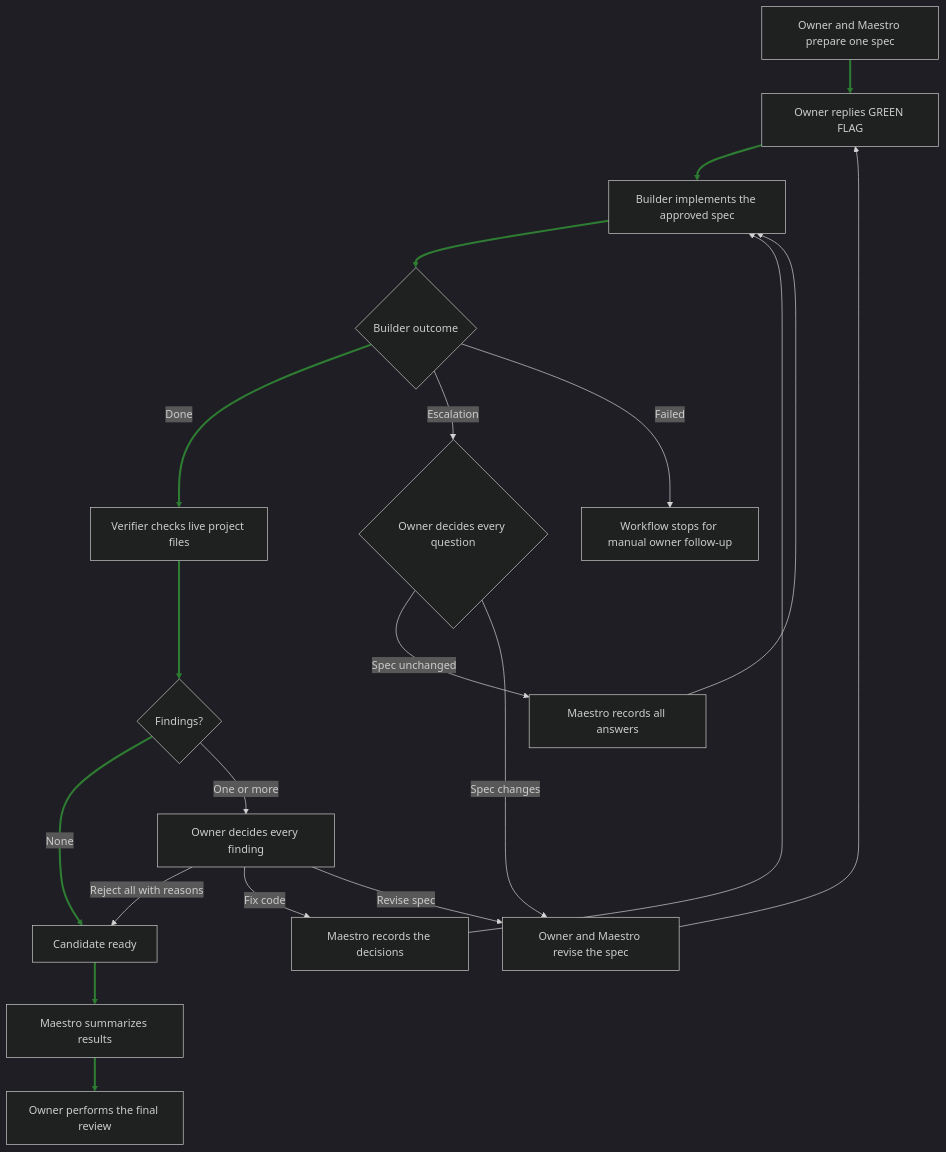
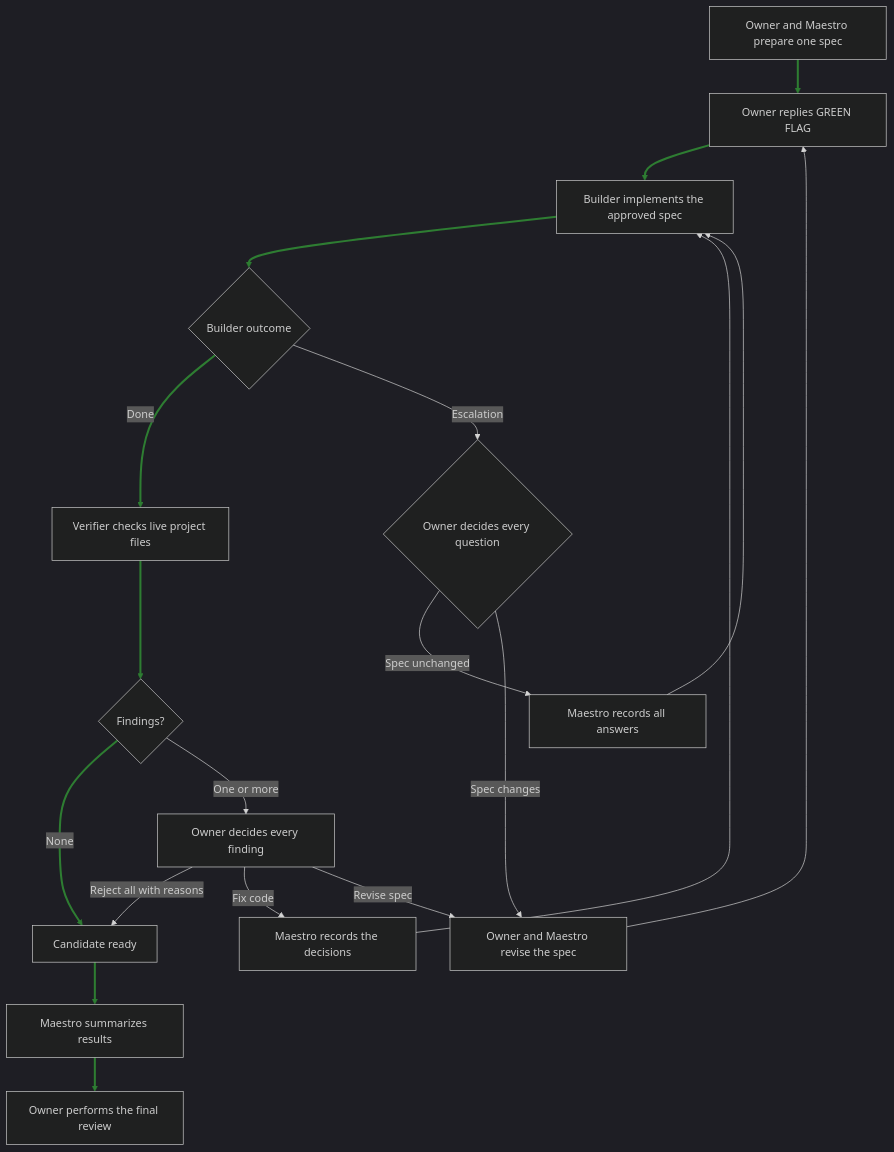
One commit to emilioSp/pi-maestro changed the diagram in docs/workflow.md. Above: the diagram before and after it, drawn with Mermaid (dark theme). The commit also changed other lines of this file and 39 other files, not shown here.

````diff
--- a/docs/workflow.md
+++ b/docs/workflow.md
@@ -44,38 +44,36 @@
 ```mermaid
 flowchart TD
     spec[Owner and Maestro prepare one spec]
     approval[Owner replies GREEN FLAG]
     build[Builder implements the approved spec]
     buildOutcome{Builder outcome}
     verify[Verifier checks live project files]
     findings{Findings?}
     candidate[Candidate ready]
     summary[Maestro summarizes results]
     review[Owner performs the final review]
 
     spec --> approval
     approval --> build
     build --> buildOutcome
     buildOutcome -->|Done| verify
     verify --> findings
     findings -->|None| candidate
 
     buildOutcome -->|Escalation| ownerEscalation{Owner decides every question}
     ownerEscalation -->|Spec unchanged| recordEscalation[Maestro records all answers]
     recordEscalation --> build
     ownerEscalation -->|Spec changes| reviseSpec[Owner and Maestro revise the spec]
     reviseSpec --> approval
 
-    buildOutcome -->|Failed| stopped[Workflow stops for manual owner follow-up]
-
     findings -->|One or more| ownerFindings[Owner decides every finding]
     ownerFindings -->|Reject all with reasons| candidate
     ownerFindings -->|Fix code| recordFixes[Maestro records the decisions]
     recordFixes --> build
     ownerFindings -->|Revise spec| reviseSpec
 
     candidate --> summary
     summary --> review
 
-    linkStyle 0,1,2,3,4,5,17,18 stroke:#2e7d32,stroke-width:3px
+    linkStyle 0,1,2,3,4,5,16,17 stroke:#2e7d32,stroke-width:3px
 ```
````
